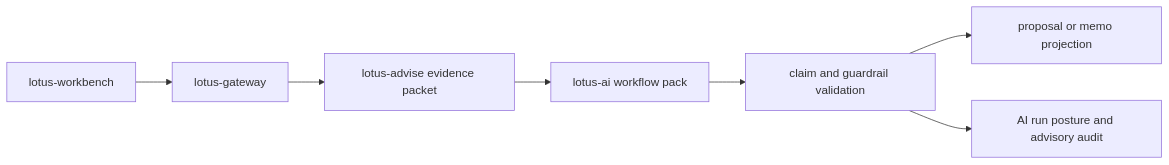
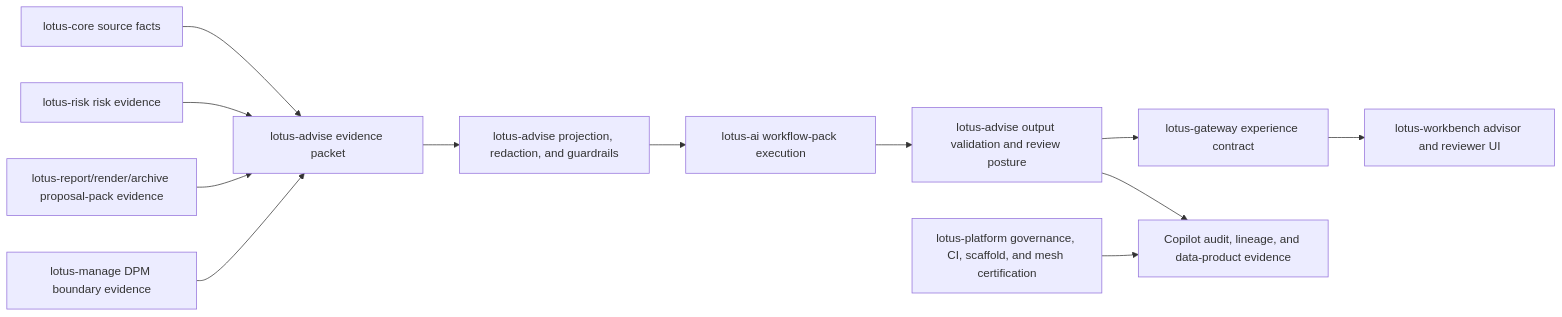
The diagram in docs/rfcs/RFC-0027-governed-advisory-ai-copilot.md (sgajbi/lotus-advise), drawn with Mermaid before and after one commit. The commit also changed other lines of this file and 1 other file, not shown here.

Commit message:
docs: tighten RFC-0027 execution plan

````diff
--- a/docs/rfcs/RFC-0027-governed-advisory-ai-copilot.md
+++ b/docs/rfcs/RFC-0027-governed-advisory-ai-copilot.md
@@ -284,9 +277,14 @@
 ```mermaid
 flowchart LR
-    Advise[lotus-advise evidence packet] --> AI[lotus-ai workflow pack]
-    AI --> AdviseValidation[claim and guardrail validation]
-    AdviseValidation --> Proposal[proposal or memo projection]
-    AdviseValidation --> Audit[AI run posture and advisory audit]
-    Gateway[lotus-gateway] --> Advise
-    Workbench[lotus-workbench] --> Gateway
+    Core[lotus-core source facts] --> AdviseEvidence[lotus-advise evidence packet]
+    Risk[lotus-risk risk evidence] --> AdviseEvidence
+    Report[lotus-report/render/archive proposal-pack evidence] --> AdviseEvidence
+    Manage[lotus-manage DPM boundary evidence] --> AdviseEvidence
+    AdviseEvidence --> AdviseValidation[lotus-advise projection, redaction, and guardrails]
+    AdviseValidation --> AI[lotus-ai workflow-pack execution]
+    AI --> AdvisePost[lotus-advise output validation and review posture]
+    AdvisePost --> Gateway[lotus-gateway experience contract]
+    Gateway --> Workbench[lotus-workbench advisor and reviewer UI]
+    AdvisePost --> Audit[Copilot audit, lineage, and data-product evidence]
+    Platform[lotus-platform governance, CI, scaffold, and mesh certification] --> Audit
 ```
````
